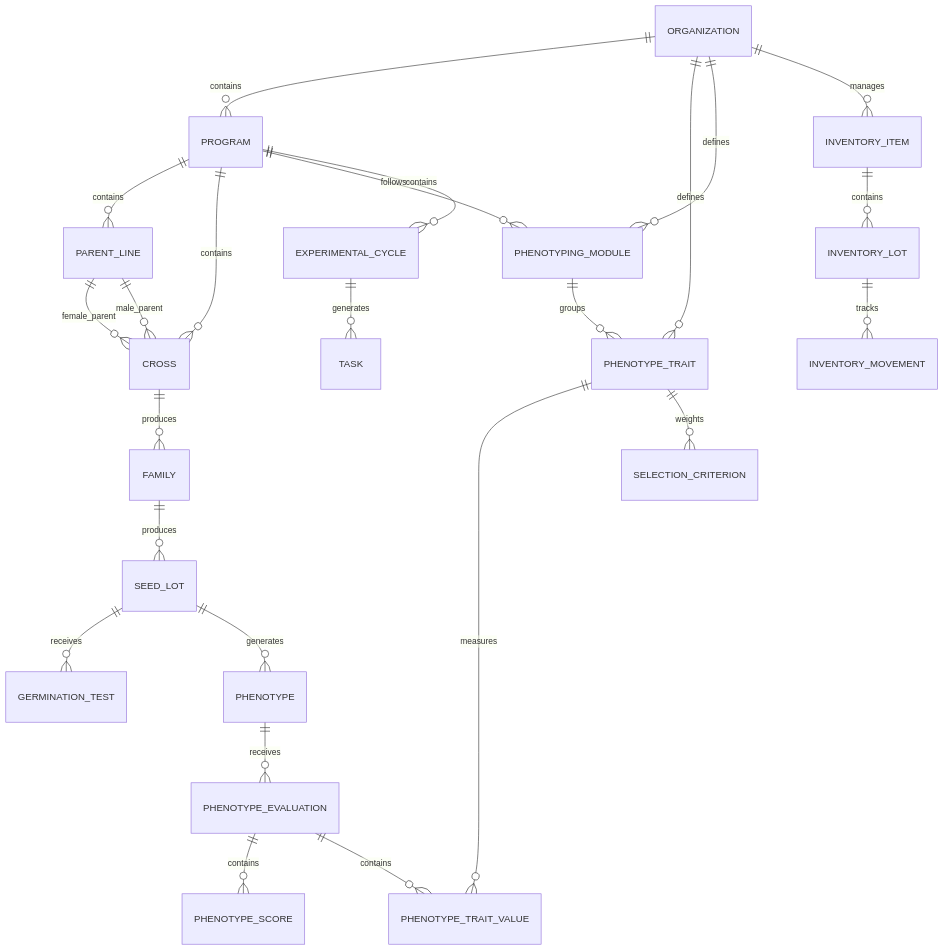
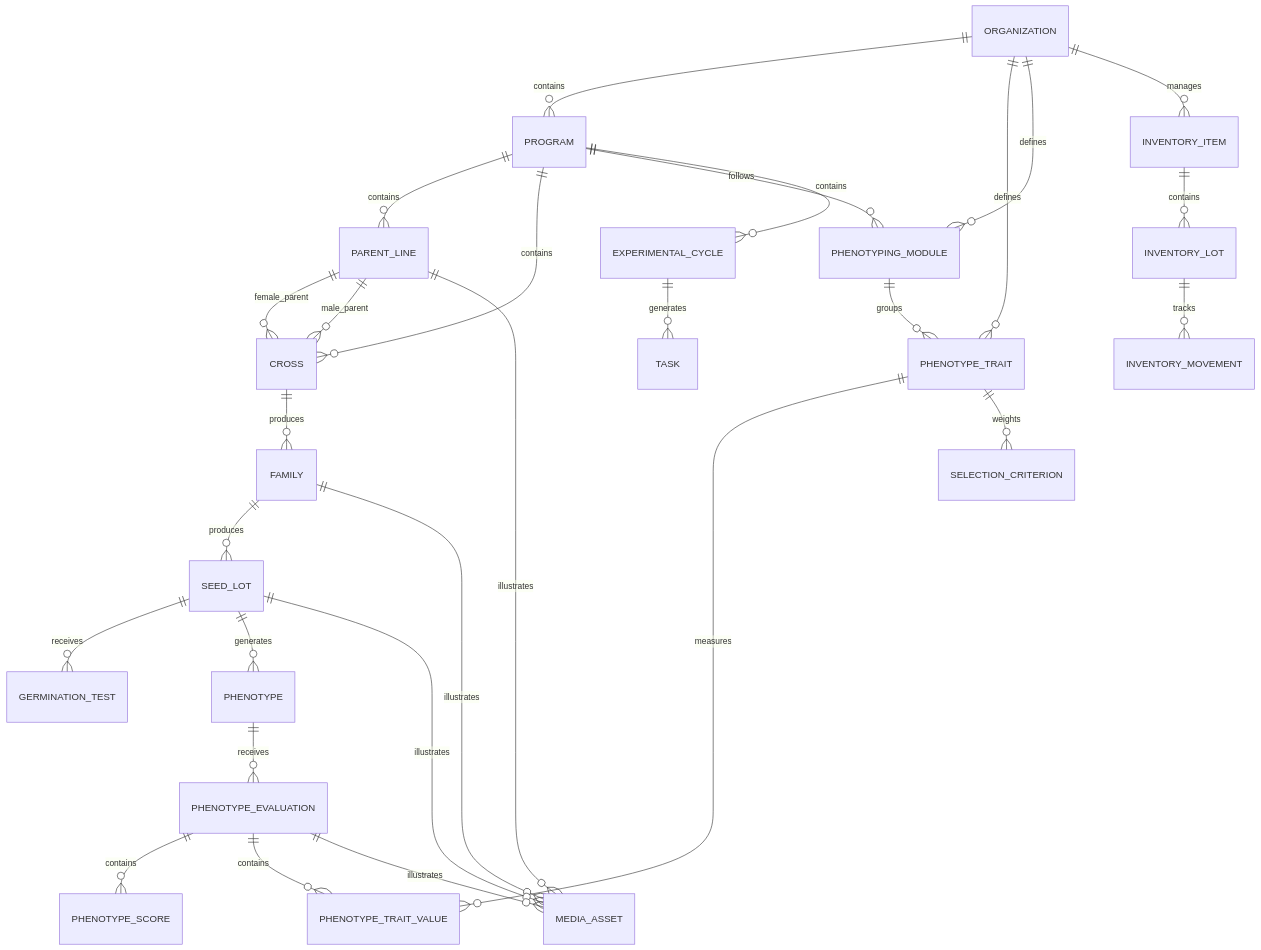
The diagram in docs/database.md (El-Castor/BreedOps), drawn with Mermaid before and after one commit. The commit also changed other lines of this file and 4 other files, not shown here.

First line of the commit message:
docs(media): document the Plant Media workflow and update the roadmap

````diff
--- a/docs/database.md
+++ b/docs/database.md
@@ -146,32 +188,37 @@
 ```mermaid
 erDiagram
     ORGANIZATION ||--o{ PROGRAM : contains
     PROGRAM ||--o{ PARENT_LINE : contains
     PROGRAM ||--o{ CROSS : contains
 
     PARENT_LINE ||--o{ CROSS : female_parent
     PARENT_LINE ||--o{ CROSS : male_parent
 
     CROSS ||--o{ FAMILY : produces
     FAMILY ||--o{ SEED_LOT : produces
     SEED_LOT ||--o{ GERMINATION_TEST : receives
 
     SEED_LOT ||--o{ PHENOTYPE : generates
     PHENOTYPE ||--o{ PHENOTYPE_EVALUATION : receives
     PHENOTYPE_EVALUATION ||--o{ PHENOTYPE_SCORE : contains
     PHENOTYPE_EVALUATION ||--o{ PHENOTYPE_TRAIT_VALUE : contains
 
     ORGANIZATION ||--o{ PHENOTYPE_TRAIT : defines
     ORGANIZATION ||--o{ PHENOTYPING_MODULE : defines
     PHENOTYPING_MODULE ||--o{ PHENOTYPE_TRAIT : groups
     PROGRAM ||--o{ PHENOTYPING_MODULE : follows
     PHENOTYPE_TRAIT ||--o{ PHENOTYPE_TRAIT_VALUE : measures
     PHENOTYPE_TRAIT ||--o{ SELECTION_CRITERION : weights
 
     ORGANIZATION ||--o{ INVENTORY_ITEM : manages
     INVENTORY_ITEM ||--o{ INVENTORY_LOT : contains
     INVENTORY_LOT ||--o{ INVENTORY_MOVEMENT : tracks
 
     PROGRAM ||--o{ EXPERIMENTAL_CYCLE : contains
     EXPERIMENTAL_CYCLE ||--o{ TASK : generates
+
+    PARENT_LINE ||--o{ MEDIA_ASSET : illustrates
+    FAMILY ||--o{ MEDIA_ASSET : illustrates
+    SEED_LOT ||--o{ MEDIA_ASSET : illustrates
+    PHENOTYPE_EVALUATION ||--o{ MEDIA_ASSET : illustrates
 ```
````
